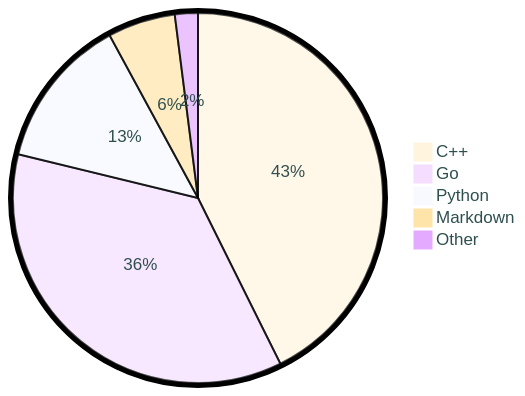
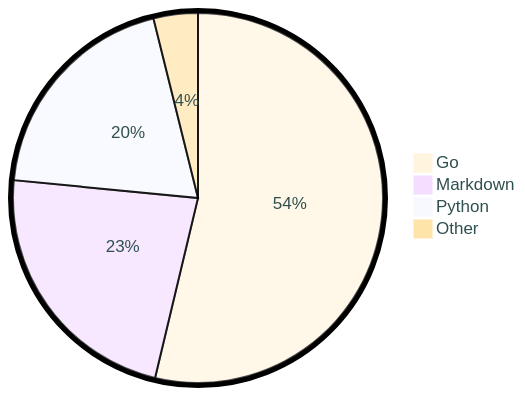
The diagram in README.md (tot0p/tot0p), drawn with Mermaid before and after one commit. The commit also changed other lines of this file, not shown here.

````diff
--- a/README.md
+++ b/README.md
@@ -77,9 +79,8 @@
 ```mermaid
 %%{init: {"pie": {"textPosition": 0.5}, "themeVariables": {"pieOuterStrokeWidth": "5px","primaryTextColor" : "#2F4F4F"},"theme":"base"} }%%
 pie
-	"C++": 42.66
-	"Go": 36.14
-	"Python": 13.28
-	"Markdown": 5.91
-	"Other": 2.01
+	"Go": 53.73
+	"Markdown": 22.81
+	"Python": 19.59
+	"Other": 3.8699999999999997
 ```
````
